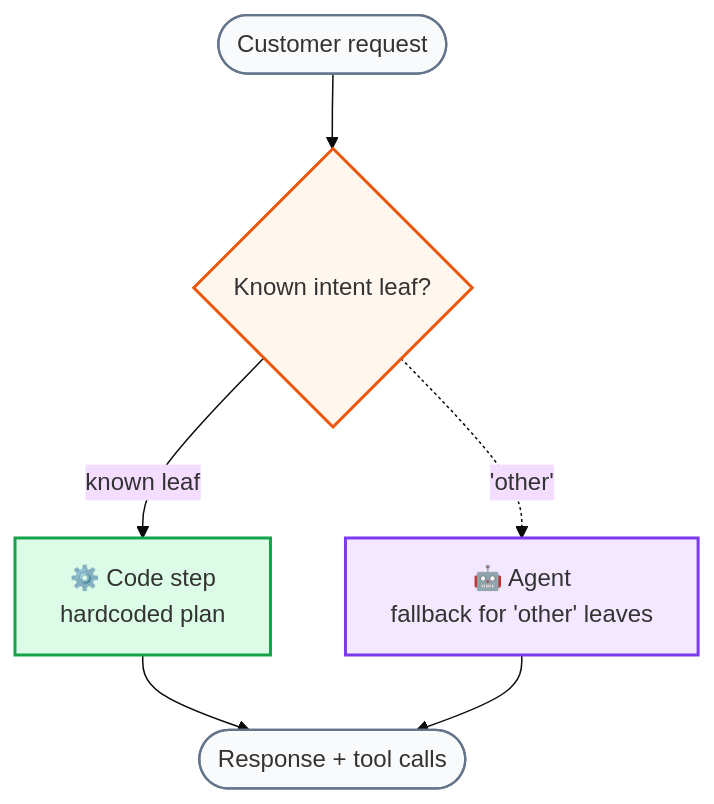
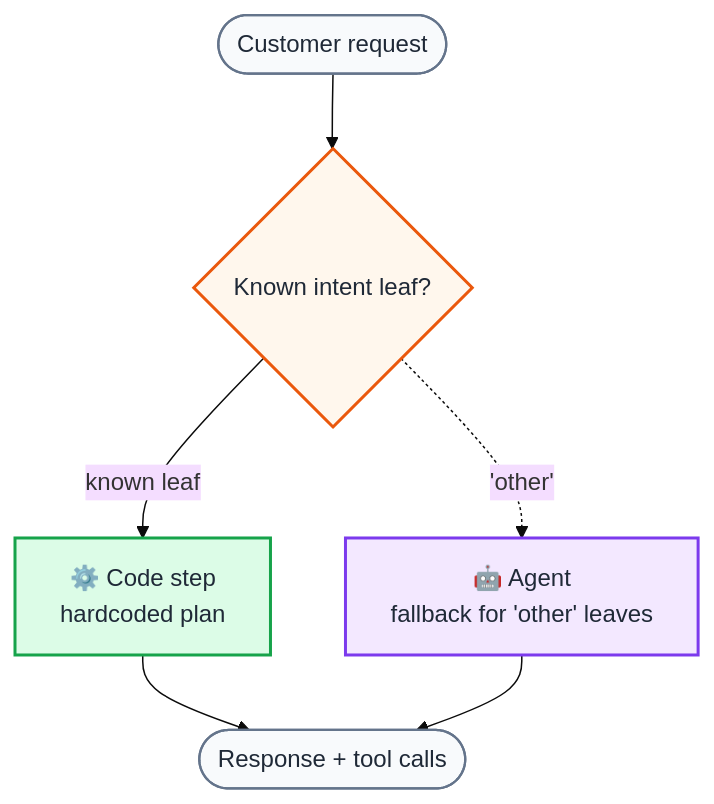
One commit to FridljDa/FridljDa.github.io changed the third of 4 diagrams in src/content/blog/workflow-vs-agent.mdx. Above: the diagram before and after it, drawn with Mermaid (base theme). The commit also changed other lines of this file and 32 other files, not shown here.

````diff
--- a/src/content/blog/workflow-vs-agent.mdx
+++ b/src/content/blog/workflow-vs-agent.mdx
@@ -161,23 +144,23 @@
 ```mermaid
 flowchart TD
     INPUT(["Customer request"])
     D{"Known intent leaf?"}
     C["⚙️ Code step<br/>hardcoded plan"]
     A["🤖 Agent<br/>fallback for 'other' leaves"]
     OUT(["Response + tool calls"])
 
     INPUT --> D
     D -->|"known leaf"| C
     D -.->|"'other'"| A
     C --> OUT
     A --> OUT
 
-    classDef agent fill:#f3e8ff,stroke:#7c3aed,stroke-width:2px
-    classDef code fill:#dcfce7,stroke:#16a34a,stroke-width:2px
-    classDef decision fill:#fff7ed,stroke:#ea580c,stroke-width:2px
-    classDef terminal fill:#f8fafc,stroke:#64748b,stroke-width:1.5px
+    classDef agent fill:#f3e8ff,stroke:#7c3aed,stroke-width:2px,color:#1f2937
+    classDef code fill:#dcfce7,stroke:#16a34a,stroke-width:2px,color:#1f2937
+    classDef decision fill:#fff7ed,stroke:#ea580c,stroke-width:2px,color:#1f2937
+    classDef terminal fill:#f8fafc,stroke:#64748b,stroke-width:1.5px,color:#1f2937
     class A agent
     class C code
     class D decision
     class INPUT,OUT terminal
 ```
````
